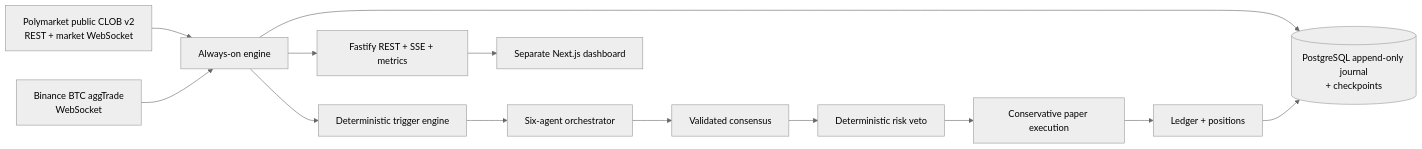
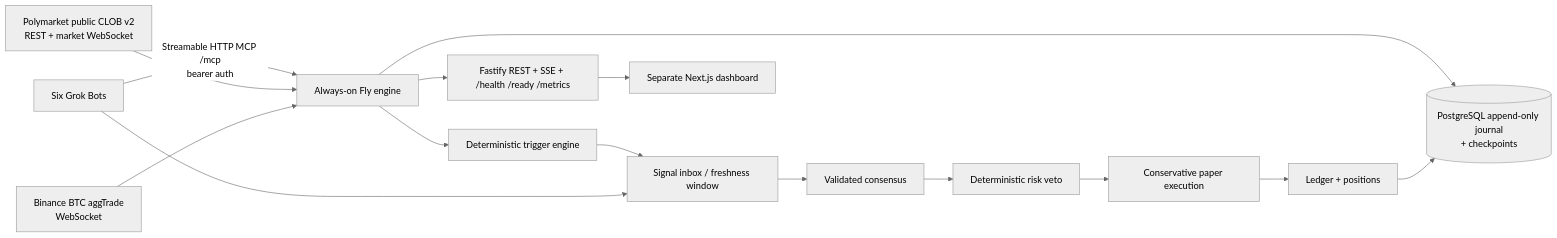
The first of 4 diagrams in README.md (mstfgncr23-eng/Polymarket-Engine), drawn with Mermaid (neutral theme) before and after one commit. The commit also changed other lines of this file and 15 other files, not shown here.

First line of the commit message:
Finish Grok Bot MCP migration

````diff
--- a/README.md
+++ b/README.md
@@ -7,15 +9,17 @@
 ```mermaid
 flowchart LR
-  PM[Polymarket public CLOB v2\nREST + market WebSocket] --> E[Always-on engine]
+  GB[Six Grok Bots] -->|Streamable HTTP MCP /mcp\nbearer auth| E[Always-on Fly engine]
+  PM[Polymarket public CLOB v2\nREST + market WebSocket] --> E
   BTC[Binance BTC aggTrade\nWebSocket] --> E
   E --> T[Deterministic trigger engine]
-  T --> A[Six-agent orchestrator]
-  A --> C[Validated consensus]
+  T --> IN[Signal inbox / freshness window]
+  GB --> IN
+  IN --> C[Validated consensus]
   C --> R[Deterministic risk veto]
   R --> X[Conservative paper execution]
   X --> L[Ledger + positions]
   E --> J[(PostgreSQL append-only journal\n+ checkpoints)]
   L --> J
-  E --> API[Fastify REST + SSE + metrics]
+  E --> API[Fastify REST + SSE + /health /ready /metrics]
   API --> D[Separate Next.js dashboard]
 ```
````
